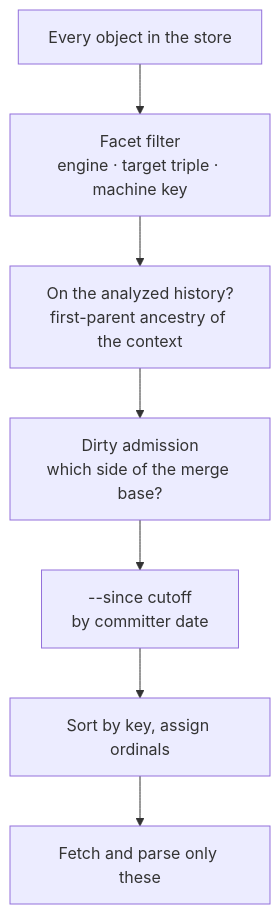
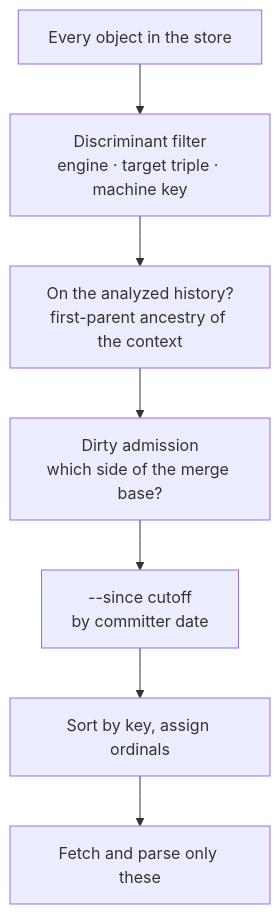
One commit to folo-rs/folo changed the diagram in packages/cargo-bench-history/book/src/appendix/selection.md. Above: the diagram before and after it, drawn with Mermaid. The commit also changed other lines of this file and 41 other files, not shown here.

First line of the commit message:
cargo-bench-history: replace facet with discriminant terminology

````diff
--- a/packages/cargo-bench-history/book/src/appendix/selection.md
+++ b/packages/cargo-bench-history/book/src/appendix/selection.md
@@ -15,9 +15,9 @@
 ```mermaid
 flowchart TD
-    A["Every object in the store"] --> B["Facet filter<br/>engine · target triple · machine key"]
+    A["Every object in the store"] --> B["Discriminant filter<br/>engine · target triple · machine key"]
     B --> C["On the analyzed history?<br/>first-parent ancestry of the context"]
     C --> D["Dirty admission<br/>which side of the merge base?"]
     D --> E["--since cutoff<br/>by committer date"]
     E --> F["Sort by key, assign ordinals"]
     F --> G["Fetch and parse only these"]
 ```
````
